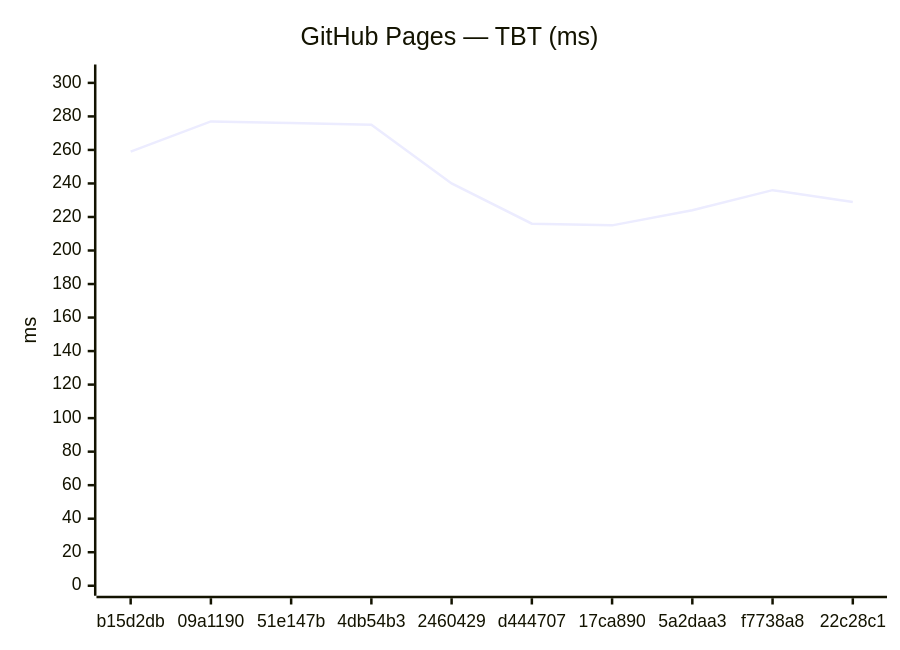
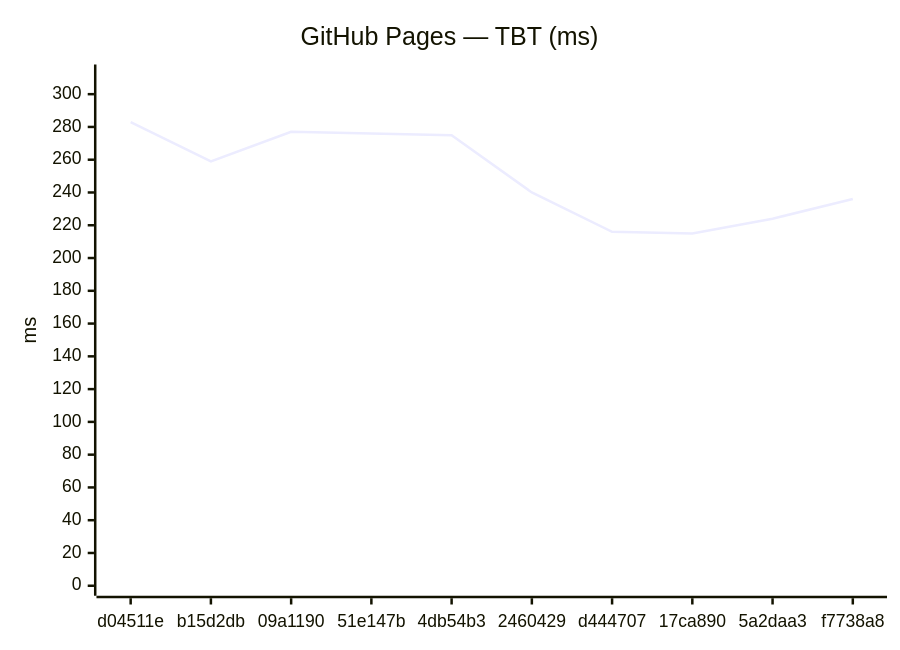
The fourth of 18 diagrams in benchmarks/compare.md (Metaheurist/Rianell), drawn with Mermaid before and after one commit. The commit also changed other lines of this file and 11 other files, not shown here.

````diff
--- a/benchmarks/compare.md
+++ b/benchmarks/compare.md
@@ -61,7 +61,7 @@
 ```mermaid
 xychart-beta
     title "GitHub Pages — TBT (ms)"
-    x-axis ["b15d2db", "09a1190", "51e147b", "4db54b3", "2460429", "d444707", "17ca890", "5a2daa3", "f7738a8", "22c28c1"]
-    y-axis "ms" 0 --> 305
-    line [259, 277, 276, 275, 240, 216, 215, 224, 236, 229]
+    x-axis ["d04511e", "b15d2db", "09a1190", "51e147b", "4db54b3", "2460429", "d444707", "17ca890", "5a2daa3", "f7738a8"]
+    y-axis "ms" 0 --> 312
+    line [283, 259, 277, 276, 275, 240, 216, 215, 224, 236]
 ```
````
